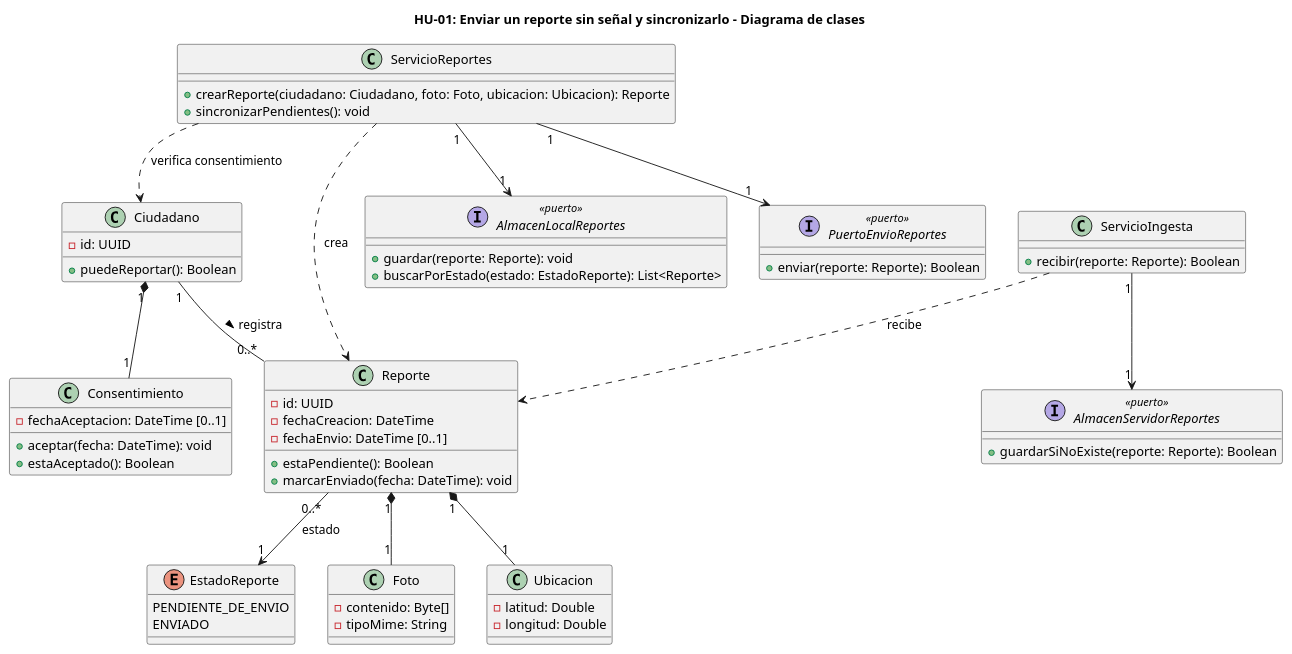
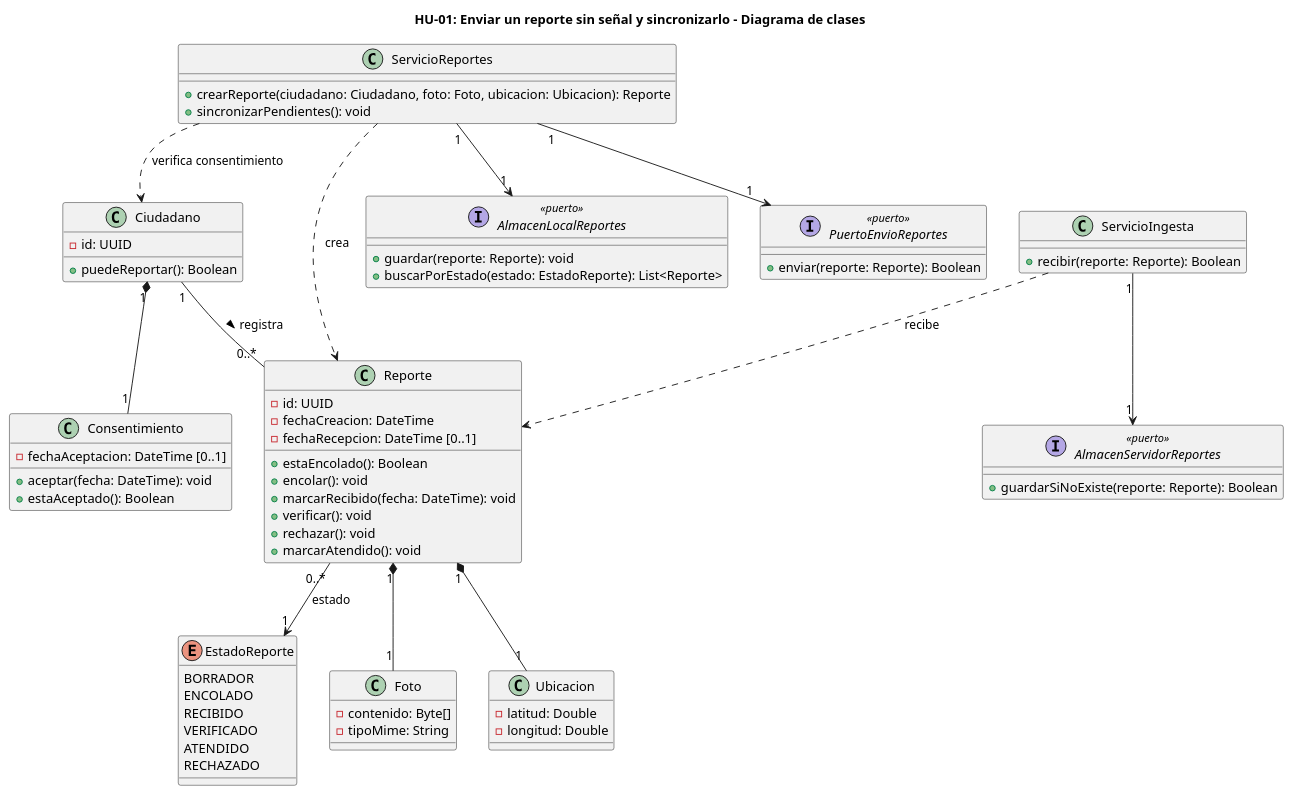
Before and after one commit to DavidOliva06/cs-2026b-lab04-grupo06: the diagram in docs/design/clases.puml, drawn with PlantUML. The commit also changed 3 other files, not shown here.

```diff
--- a/docs/design/clases.puml
+++ b/docs/design/clases.puml
@@ -1,86 +1,95 @@
 @startuml
 title HU-01: Enviar un reporte sin señal y sincronizarlo - Diagrama de clases
 
 enum EstadoReporte {
-  PENDIENTE_DE_ENVIO
-  ENVIADO
+  BORRADOR
+  ENCOLADO
+  RECIBIDO
+  VERIFICADO
+  ATENDIDO
+  RECHAZADO
 }
 
 class Ciudadano {
   ' Supuesto: se identifica al ciudadano con un id para asociarle sus reportes.
   - id: UUID
   + puedeReportar(): Boolean
 }
 
 class Consentimiento {
   ' Si fechaAceptacion tiene valor, el consentimiento está aceptado.
   - fechaAceptacion: DateTime [0..1]
   + aceptar(fecha: DateTime): void
   + estaAceptado(): Boolean
 }
 
 class Reporte {
   ' Supuesto: el id se genera en el celular para que el servidor detecte reenvíos (criterio 3).
-  ' El estado solo se usa en el celular; el servidor no lo persiste.
+  ' BORRADOR y ENCOLADO ocurren en el celular; los demás estados, en el servidor.
   - id: UUID
   - fechaCreacion: DateTime
-  - fechaEnvio: DateTime [0..1]
-  + estaPendiente(): Boolean
-  + marcarEnviado(fecha: DateTime): void
+  - fechaRecepcion: DateTime [0..1]
+  + estaEncolado(): Boolean
+  + encolar(): void
+  + marcarRecibido(fecha: DateTime): void
+  ' Supuesto: verificar, rechazar y marcarAtendido salen del diagrama de estados, no de la HU-01.
+  + verificar(): void
+  + rechazar(): void
+  + marcarAtendido(): void
 }
 
 class Foto {
   ' Supuesto: la foto se guarda como bytes junto con su tipo de archivo.
   - contenido: Byte[]
   - tipoMime: String
 }
 
 class Ubicacion {
   - latitud: Double
   - longitud: Double
 }
 
 ' Lado del celular: crea el reporte, lo guarda y lo reenvía (criterios 1, 2 y 4).
 class ServicioReportes {
   + crearReporte(ciudadano: Ciudadano, foto: Foto, ubicacion: Ubicacion): Reporte
   + sincronizarPendientes(): void
 }
 
 ' Lado del servidor: recibe el reporte y descarta duplicados (criterio 3).
 class ServicioIngesta {
   ' Devuelve true si el servidor tiene el reporte, sea nuevo o repetido.
   + recibir(reporte: Reporte): Boolean
 }
 
 ' Puerto de almacenamiento en el celular.
 interface AlmacenLocalReportes <<puerto>> {
-  ' guardar crea el reporte o actualiza el existente (por ejemplo, tras marcarlo enviado).
+  ' guardar crea el reporte o actualiza el existente.
   + guardar(reporte: Reporte): void
   + buscarPorEstado(estado: EstadoReporte): List<Reporte>
 }
 
 ' Puerto de almacenamiento en el servidor.
 interface AlmacenServidorReportes <<puerto>> {
   ' Operación atómica: devuelve true si lo guardó y false si ya existía.
   + guardarSiNoExiste(reporte: Reporte): Boolean
 }
 
 ' Puerto de salida del celular hacia el servidor.
 interface PuertoEnvioReportes <<puerto>> {
   ' Devuelve true si el servidor confirmó que tiene el reporte.
   + enviar(reporte: Reporte): Boolean
 }
 
 Ciudadano "1" *-- "1" Consentimiento
 Ciudadano "1" -- "0..*" Reporte : registra >
 Reporte "1" *-- "1" Foto
 Reporte "1" *-- "1" Ubicacion
 Reporte "0..*" --> "1" EstadoReporte : estado
 
 ServicioReportes ..> Ciudadano : verifica consentimiento
 ServicioReportes ..> Reporte : crea
 ServicioReportes "1" --> "1" AlmacenLocalReportes
 ServicioReportes "1" --> "1" PuertoEnvioReportes
 ServicioIngesta "1" --> "1" AlmacenServidorReportes
 ServicioIngesta ..> Reporte : recibe
 @enduml
```
